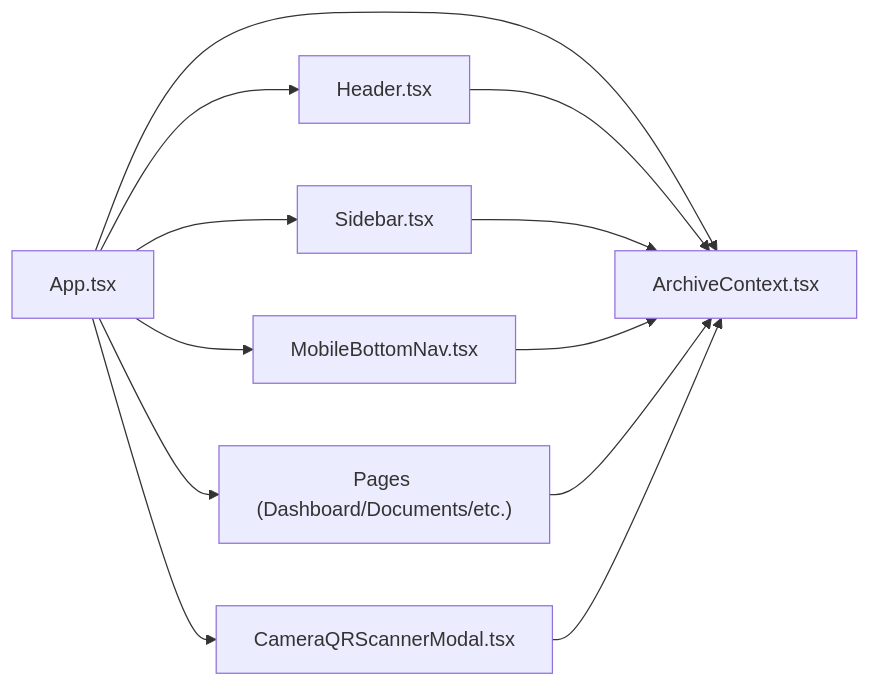
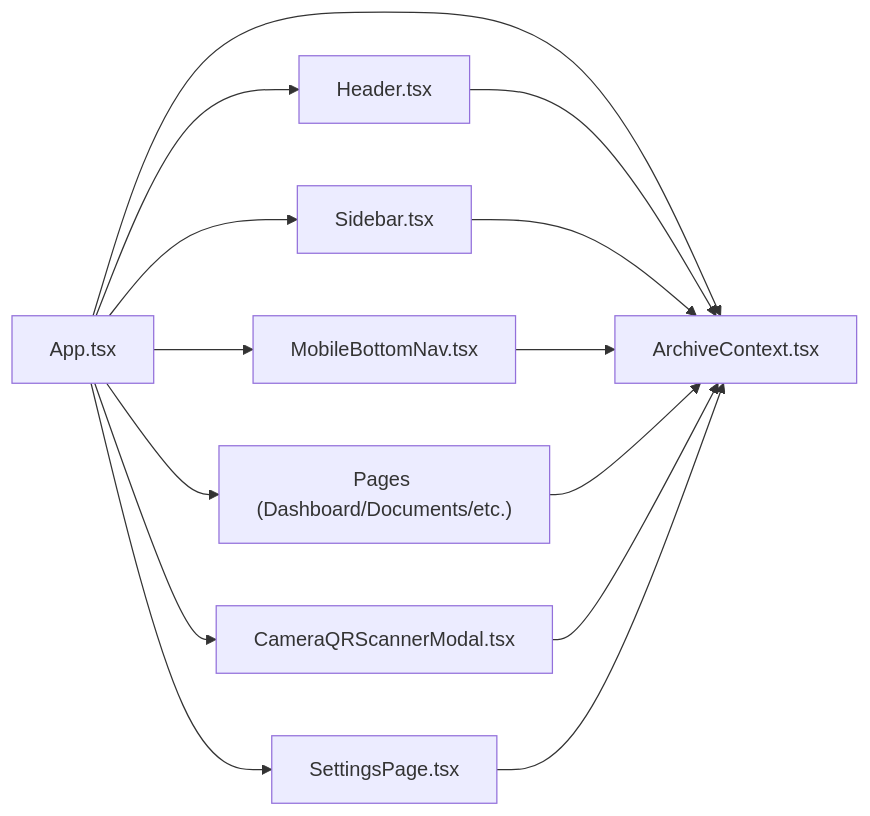
One commit to djahasiel101600/archivehub changed the third of 3 diagrams in .qoder/repowiki/en/content/System Architecture/Component Architecture/Application Root & State Management.md. Above: the diagram before and after it, drawn with Mermaid. The commit also changed other lines of this file and 48 other files, not shown here.

````diff
--- a/.qoder/repowiki/en/content/System Architecture/Component Architecture/Application Root & State Management.md
+++ b/.qoder/repowiki/en/content/System Architecture/Component Architecture/Application Root & State Management.md
@@ -253,14 +308,16 @@
 ```mermaid
 graph LR
 App["App.tsx"] --> Provider["ArchiveContext.tsx"]
 App --> Header["Header.tsx"]
 App --> Sidebar["Sidebar.tsx"]
 App --> MobileNav["MobileBottomNav.tsx"]
 App --> Pages["Pages (Dashboard/Documents/etc.)"]
 App --> Modal["CameraQRScannerModal.tsx"]
+App --> Settings["SettingsPage.tsx"]
 Header --> Provider
 Sidebar --> Provider
 MobileNav --> Provider
 Pages --> Provider
 Modal --> Provider
+Settings --> Provider
 ```
````
